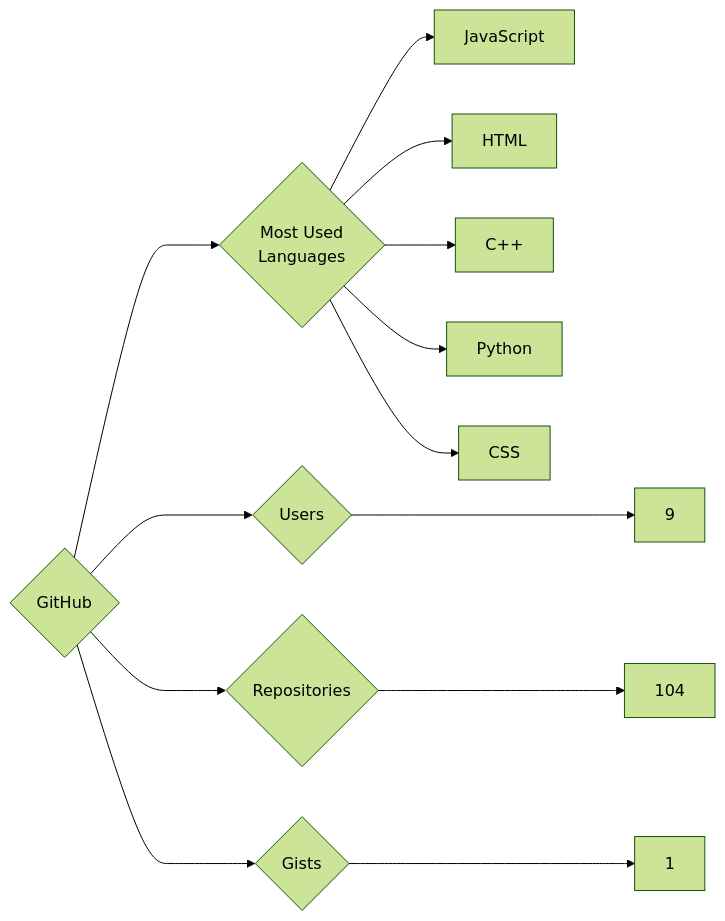
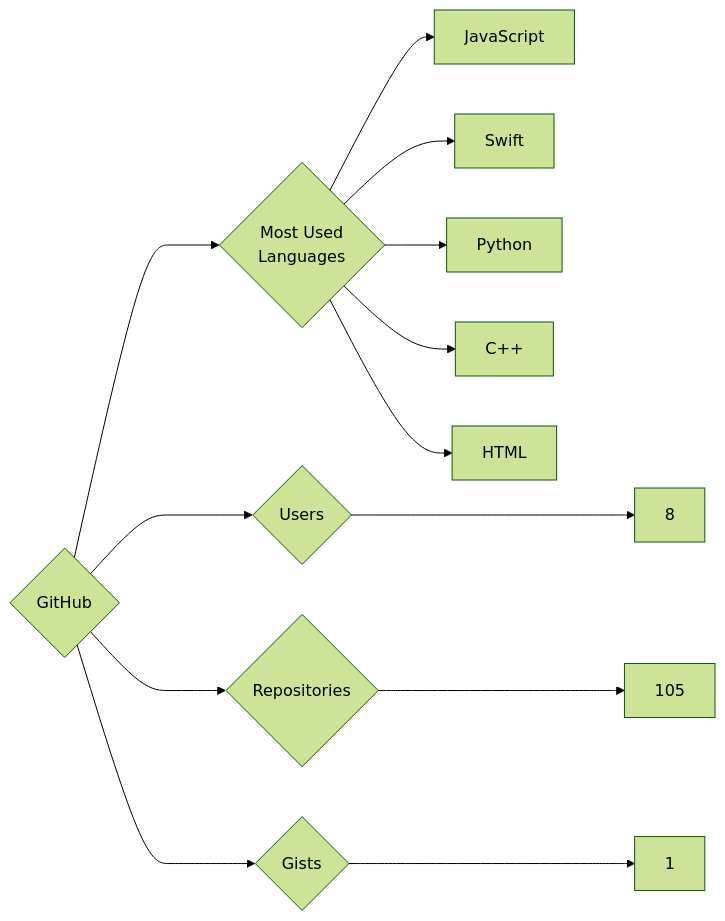
One commit to trickest/insiders changed the diagram in targets/GitHub/README.md. Above: the diagram before and after it, drawn with Mermaid (forest theme). The commit also changed 1167 other files, not shown here.

````diff
--- a/targets/GitHub/README.md
+++ b/targets/GitHub/README.md
@@ -3,13 +3,13 @@
 ```mermaid
 graph LR
 COMPANY_NAME{GitHub}
-COMPANY_NAME ---> U{Users} ---> UN[9]
-COMPANY_NAME ---> R{Repositories} ---> RN[104]
+COMPANY_NAME ---> U{Users} ---> UN[8]
+COMPANY_NAME ---> R{Repositories} ---> RN[105]
 COMPANY_NAME ---> G{Gists} ---> GN[1]
 COMPANY_NAME ---> ML{Most Used<br>Languages}
 ML --> JavaScript[JavaScript]
+ML --> Swift[Swift]
+ML --> Python[Python]
+ML --> C++[C++]
 ML --> HTML[HTML]
-ML --> C++[C++]
-ML --> Python[Python]
-ML --> CSS[CSS]
 ```
````
